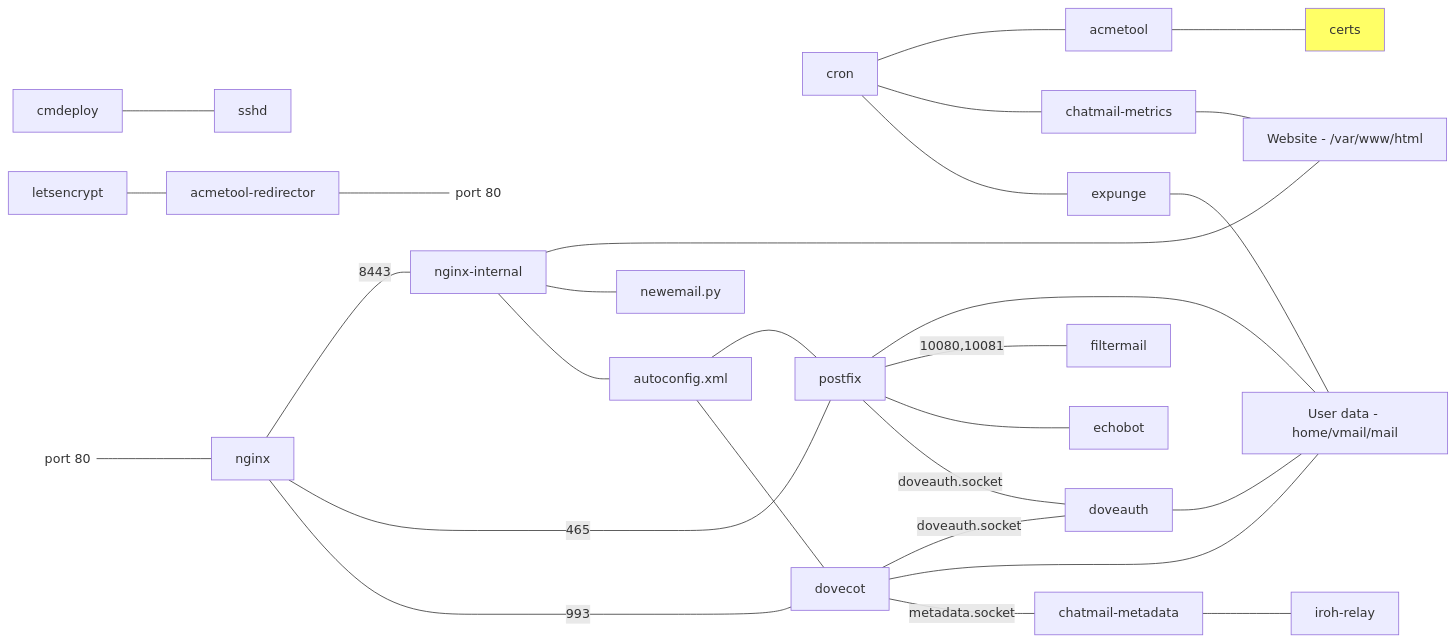
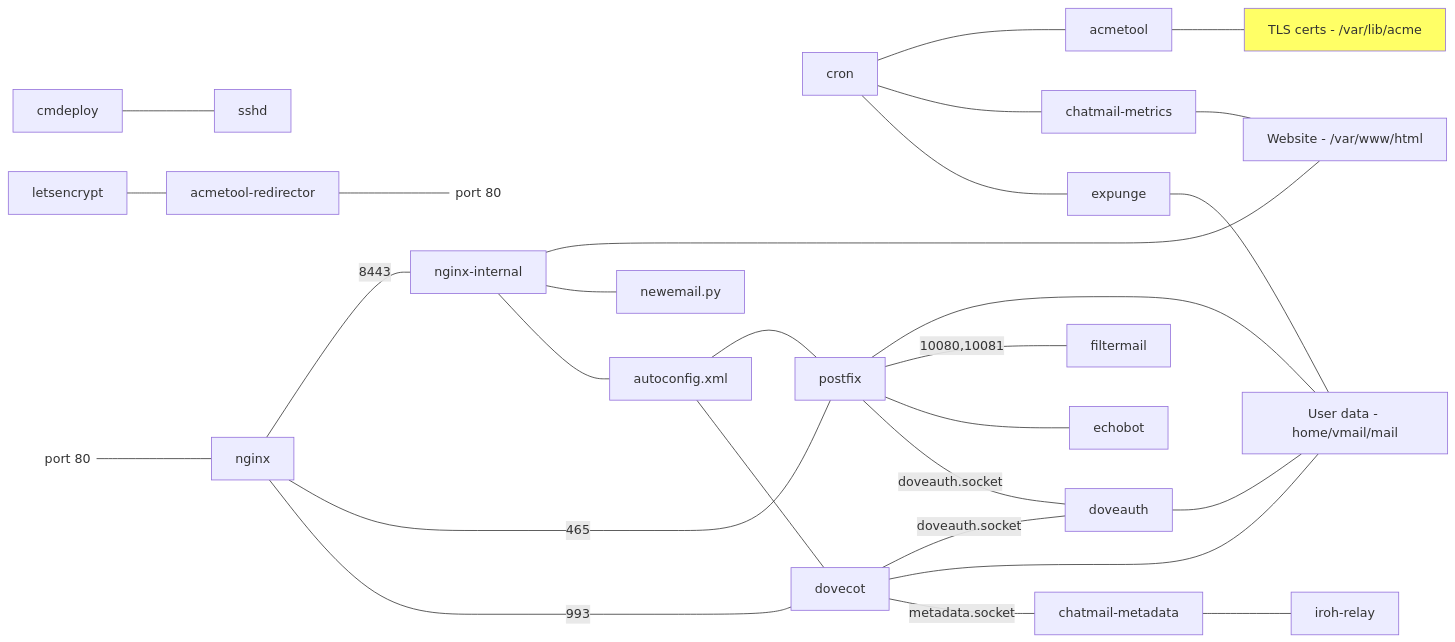
The diagram in ARCHITECTURE.md (cliffmccarthy/chatmail-relay), drawn with Mermaid before and after one commit.

Commit message:
Describe certs

````diff
--- a/ARCHITECTURE.md
+++ b/ARCHITECTURE.md
@@ -4,31 +4,31 @@
 ```mermaid
 graph LR;
     cmdeploy --- sshd;
     letsencrypt --- acmetool-redirector;
     acmetool-redirector --- port80r@{ shape: text, label: "port 80" };
     port80l@{ shape: text, label: "port 80" } --- nginx;
     nginx --- |8443|nginx-internal;
     nginx-internal --- website[Website - /var/www/html];
     nginx-internal --- newemail.py;
     nginx-internal --- autoconfig.xml;
     cron --- acmetool;
     cron --- chatmail-metrics;
     cron --- expunge;
     chatmail-metrics --- website;
-    acmetool --- certs;
+    acmetool --- certs[TLS certs - /var/lib/acme];
     nginx --- |465|postfix;
     nginx --- |993|dovecot;
     autoconfig.xml --- postfix;
     autoconfig.xml --- dovecot;
     postfix --- users[User data - home/vmail/mail];
     postfix --- |10080,10081|filtermail;
     postfix --- echobot;
     postfix --- |doveauth.socket|doveauth;
     dovecot --- |doveauth.socket|doveauth;
     dovecot --- users;
     dovecot --- |metadata.socket|chatmail-metadata;
     doveauth --- users;
     expunge --- users;
     chatmail-metadata --- iroh-relay;
     style certs fill:#ff6;
 ```
````
